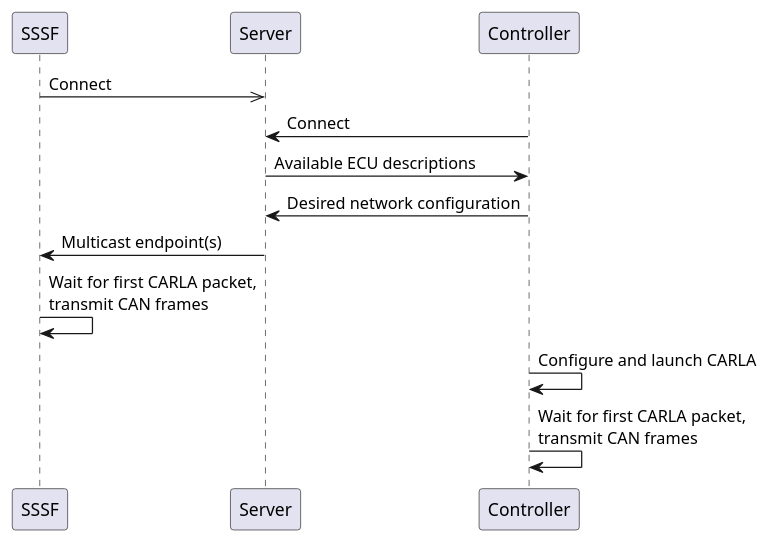
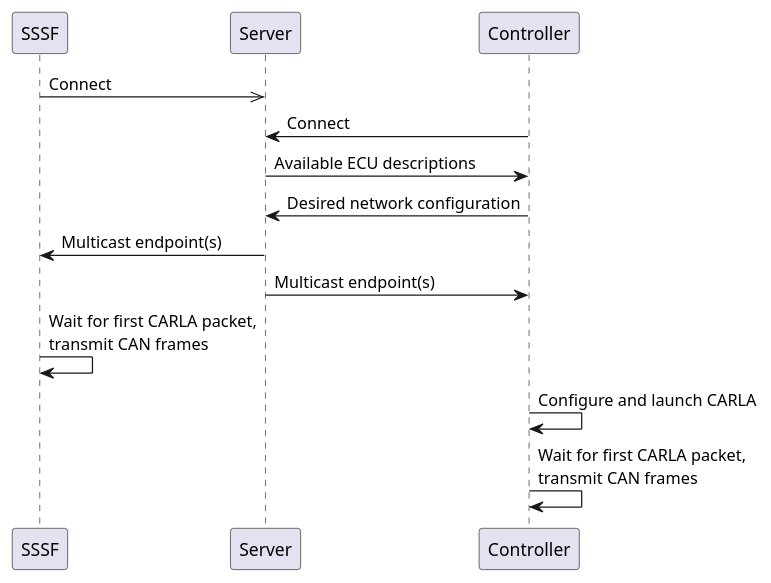
One commit to SystemsCyber/Software-Defined-Truck changed the diagram in Doc/Paper/images/connection_setup.wsd. Above: the diagram before and after it, drawn with PlantUML. The commit also changed 19 other files, not shown here.

```diff
--- a/Doc/Paper/images/connection_setup.wsd
+++ b/Doc/Paper/images/connection_setup.wsd
@@ -1,10 +1,11 @@
 @startuml
 SSSF ->> Server: Connect
 Controller -> Server: Connect
 Server -> Controller: Available ECU descriptions
 Controller -> Server: Desired network configuration
 Server -> SSSF: Multicast endpoint(s)
+Server -> Controller: Multicast endpoint(s)
 SSSF -> SSSF: Wait for first CARLA packet,\ntransmit CAN frames
 Controller -> Controller: Configure and launch CARLA
 Controller -> Controller: Wait for first CARLA packet, \ntransmit CAN frames
 @enduml
```
